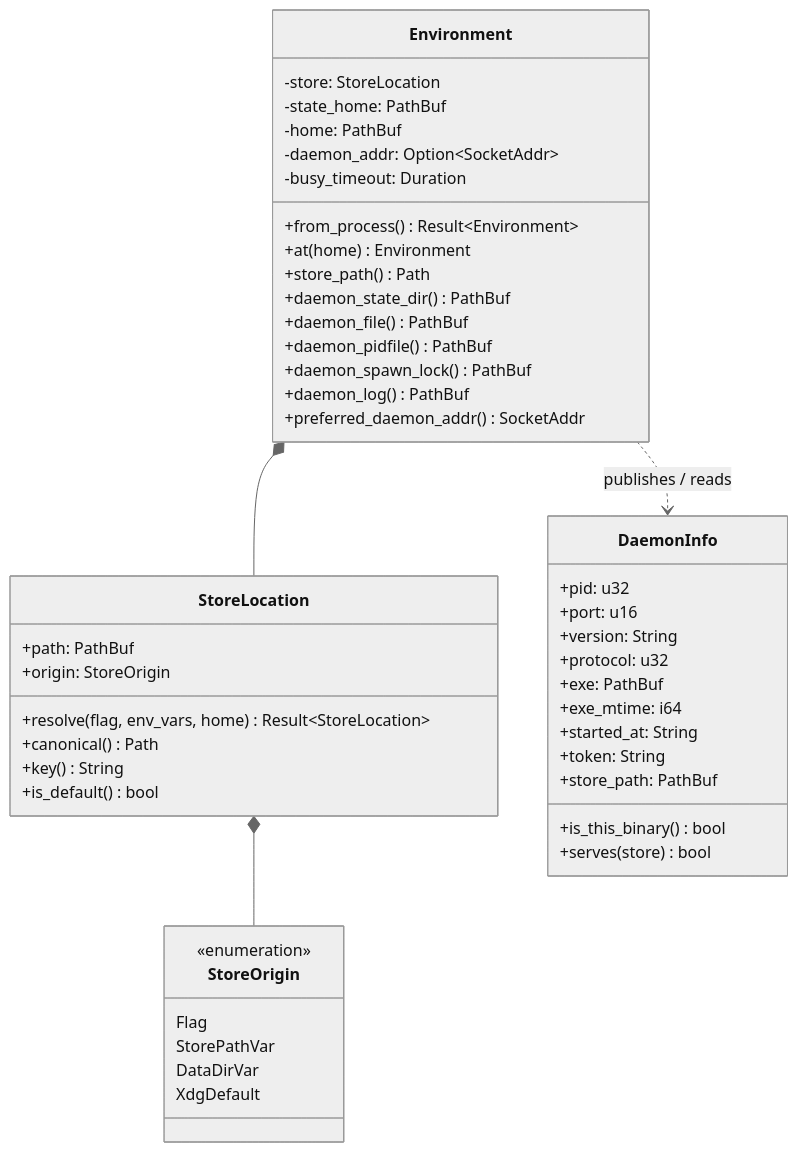
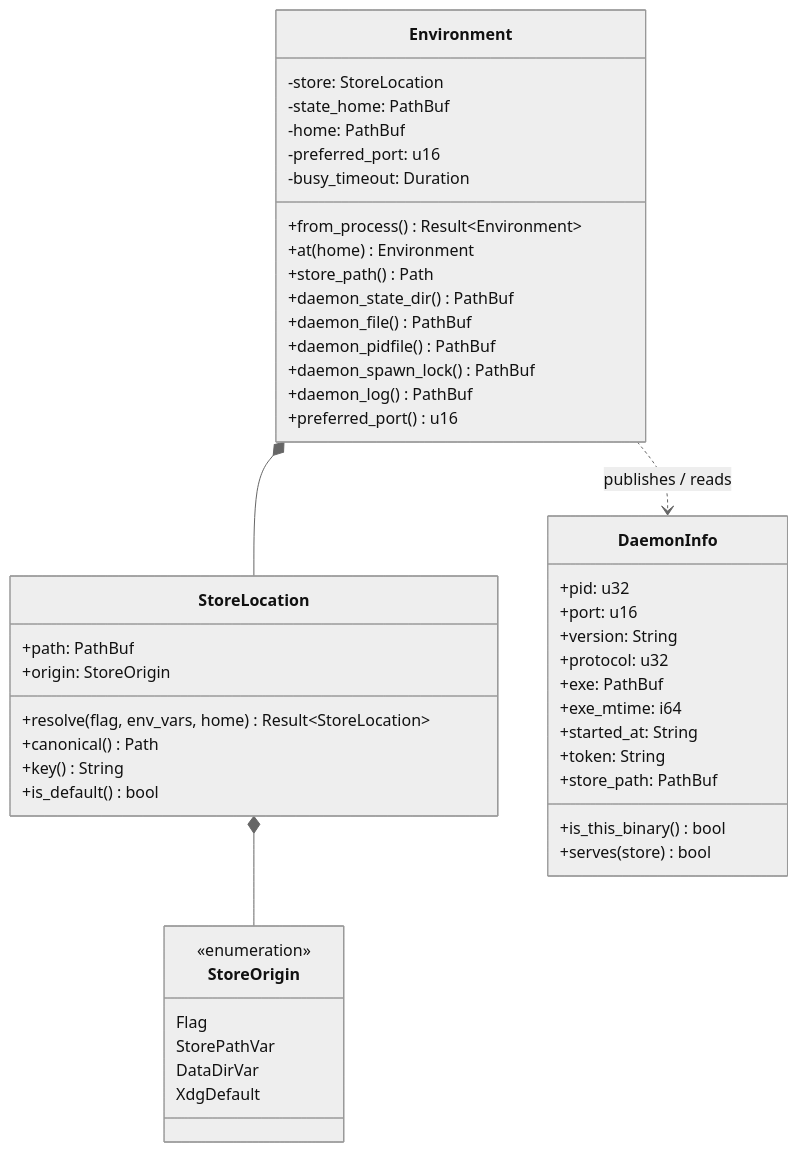
One commit to mikeydotio/storyhook changed the diagram in docs/spec/store-isolation.md. Above: the diagram before and after it, drawn with Mermaid (neutral theme). The commit also changed other lines of this file and 1 other file, not shown here.

````diff
--- a/docs/spec/store-isolation.md
+++ b/docs/spec/store-isolation.md
@@ -54,54 +54,54 @@
 ```mermaid
 classDiagram
     class Environment {
         -store: StoreLocation
         -state_home: PathBuf
         -home: PathBuf
-        -daemon_addr: Option~SocketAddr~
+        -preferred_port: u16
         -busy_timeout: Duration
         +from_process() Result~Environment~
         +at(home) Environment
         +store_path() Path
         +daemon_state_dir() PathBuf
         +daemon_file() PathBuf
         +daemon_pidfile() PathBuf
         +daemon_spawn_lock() PathBuf
         +daemon_log() PathBuf
-        +preferred_daemon_addr() SocketAddr
+        +preferred_port() u16
     }
 
     class StoreLocation {
         +path: PathBuf
         +origin: StoreOrigin
         +resolve(flag, env_vars, home) Result~StoreLocation~
         +canonical() Path
         +key() String
         +is_default() bool
     }
 
     class StoreOrigin {
         <<enumeration>>
         Flag
         StorePathVar
         DataDirVar
         XdgDefault
     }
 
     class DaemonInfo {
         +pid: u32
         +port: u16
         +version: String
         +protocol: u32
         +exe: PathBuf
         +exe_mtime: i64
         +started_at: String
         +token: String
         +store_path: PathBuf
         +is_this_binary() bool
         +serves(store) bool
     }
 
     Environment *-- StoreLocation
     StoreLocation *-- StoreOrigin
     Environment ..> DaemonInfo : publishes / reads
 ```
````
